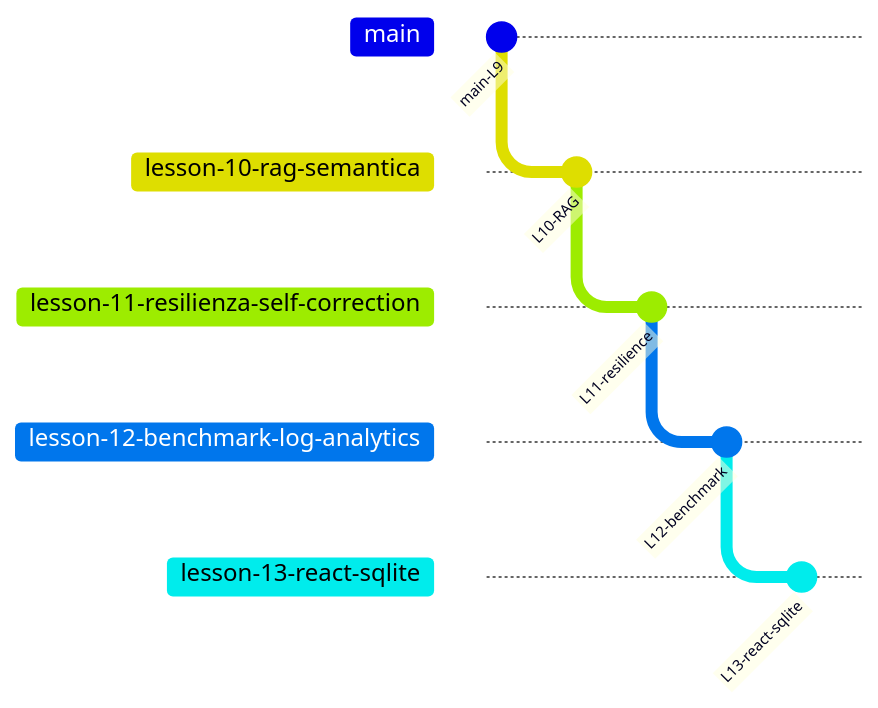
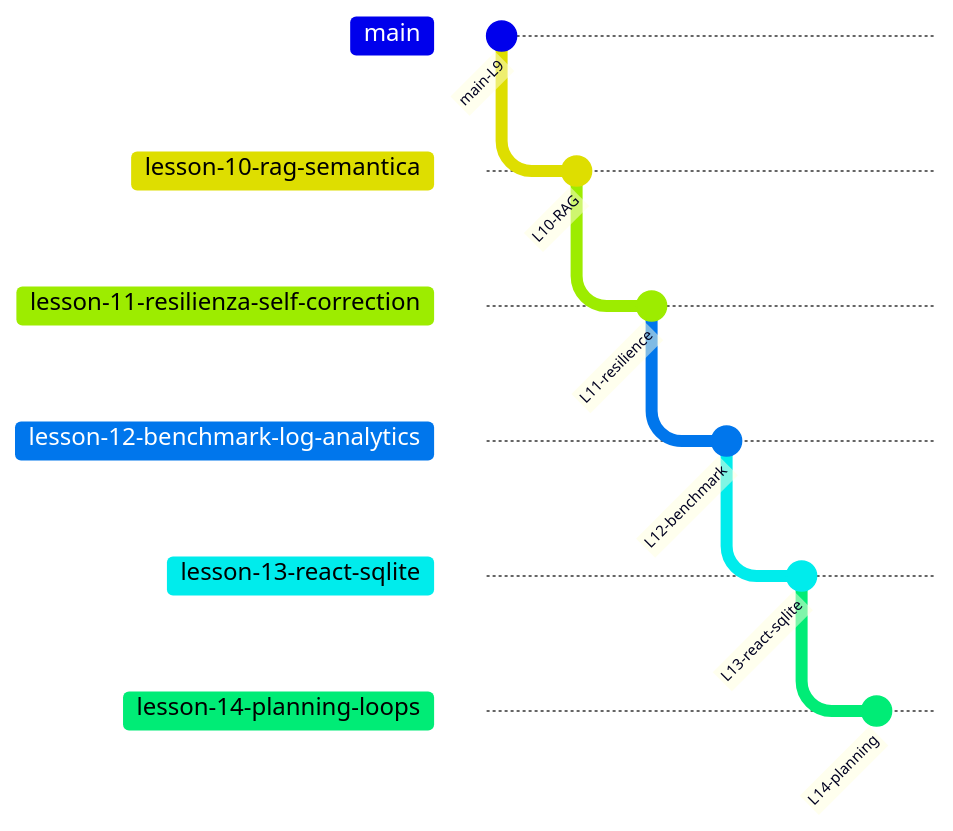
The diagram in docs/CORSO_LEZIONI.md (Impesud/agentic-triage-system), drawn with Mermaid before and after one commit. The commit also changed other lines of this file and 5 other files, not shown here.

````diff
--- a/docs/CORSO_LEZIONI.md
+++ b/docs/CORSO_LEZIONI.md
@@ -16,16 +17,19 @@
 ```mermaid
 gitGraph
   commit id: "main-L9"
   branch lesson-10-rag-semantica
   checkout lesson-10-rag-semantica
   commit id: "L10-RAG"
   branch lesson-11-resilienza-self-correction
   checkout lesson-11-resilienza-self-correction
   commit id: "L11-resilience"
   branch lesson-12-benchmark-log-analytics
   checkout lesson-12-benchmark-log-analytics
   commit id: "L12-benchmark"
   branch lesson-13-react-sqlite
   checkout lesson-13-react-sqlite
   commit id: "L13-react-sqlite"
+  branch lesson-14-planning-loops
+  checkout lesson-14-planning-loops
+  commit id: "L14-planning"
 ```
````
